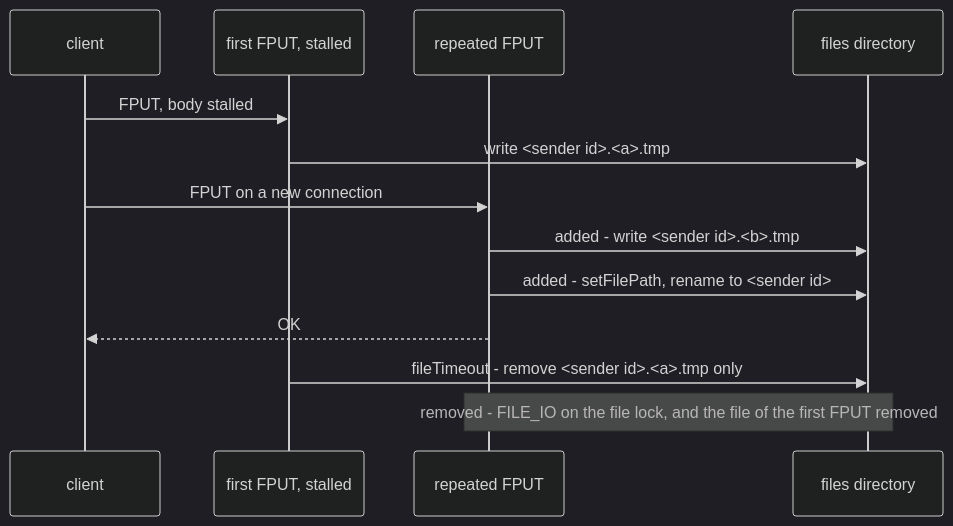
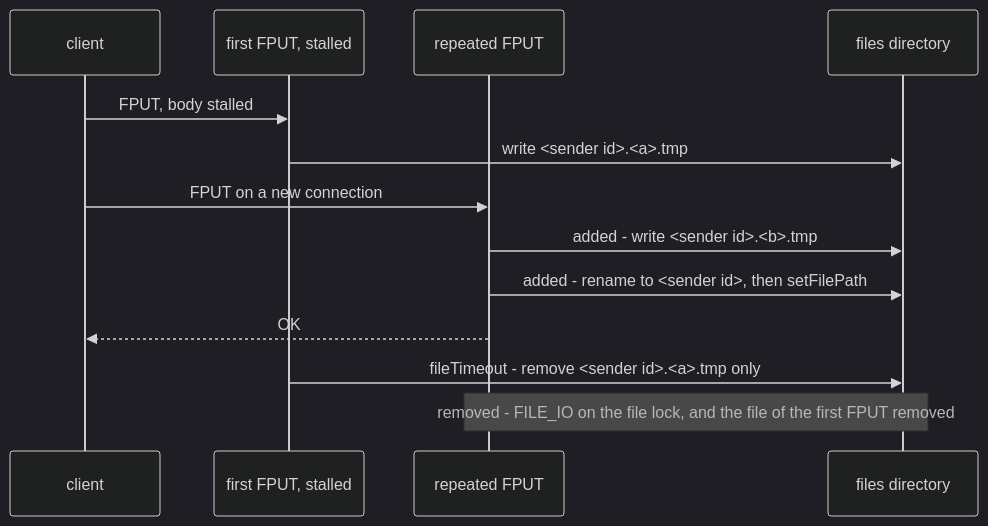
Before and after one commit to simplex-chat/simplexmq: the seventh of 13 diagrams in plans/2026-11-19-xftp-stalled-connections.md, drawn with Mermaid (dark theme). The commit also changed other lines of this file, not shown here.

Commit message:
docs: plan the rename of an upload before its commit

````diff
--- a/plans/2026-11-19-xftp-stalled-connections.md
+++ b/plans/2026-11-19-xftp-stalled-connections.md
@@ -346,15 +351,15 @@
 ```mermaid
 sequenceDiagram
     participant C as client
     participant S1 as first FPUT, stalled
     participant S2 as repeated FPUT
     participant D as files directory
     C->>S1: FPUT, body stalled
     S1->>D: write <sender id>.<a>.tmp
     C->>S2: FPUT on a new connection
     S2->>D: added - write <sender id>.<b>.tmp
-    S2->>D: added - setFilePath, rename to <sender id>
+    S2->>D: added - rename to <sender id>, then setFilePath
     S2-->>C: OK
     S1->>D: fileTimeout - remove <sender id>.<a>.tmp only
     Note over S2,D: removed - FILE_IO on the file lock, and the file of the first FPUT removed
 ```
````
